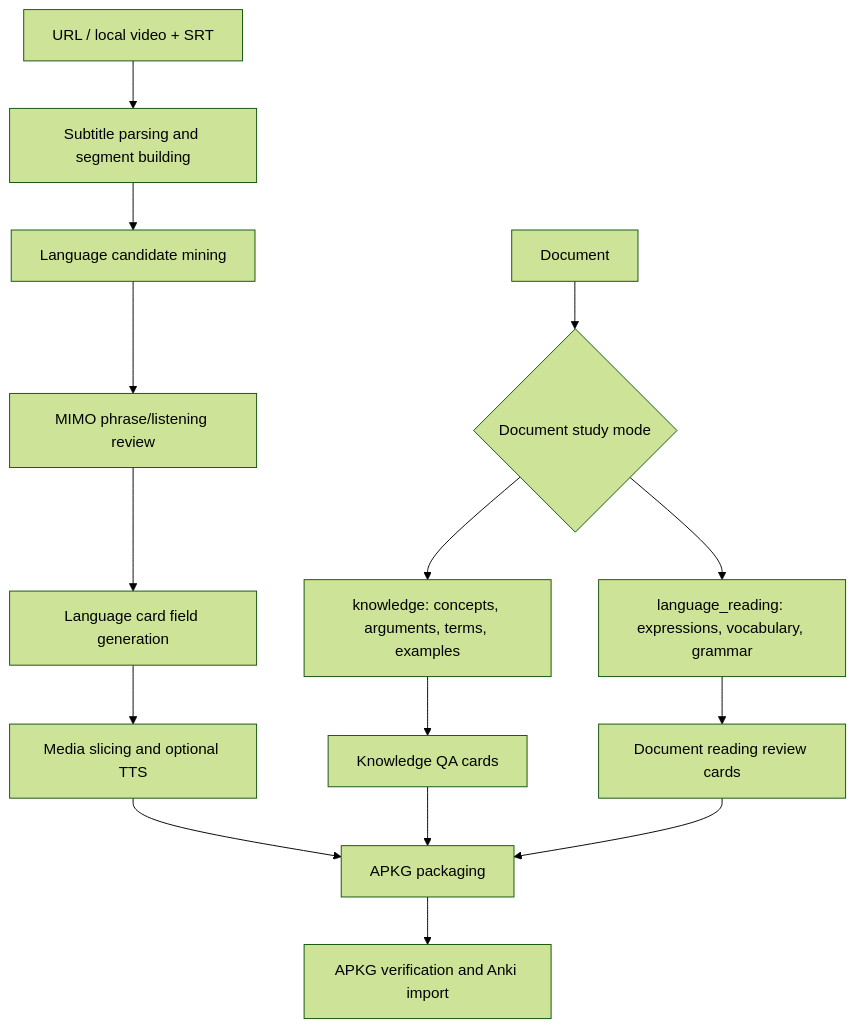
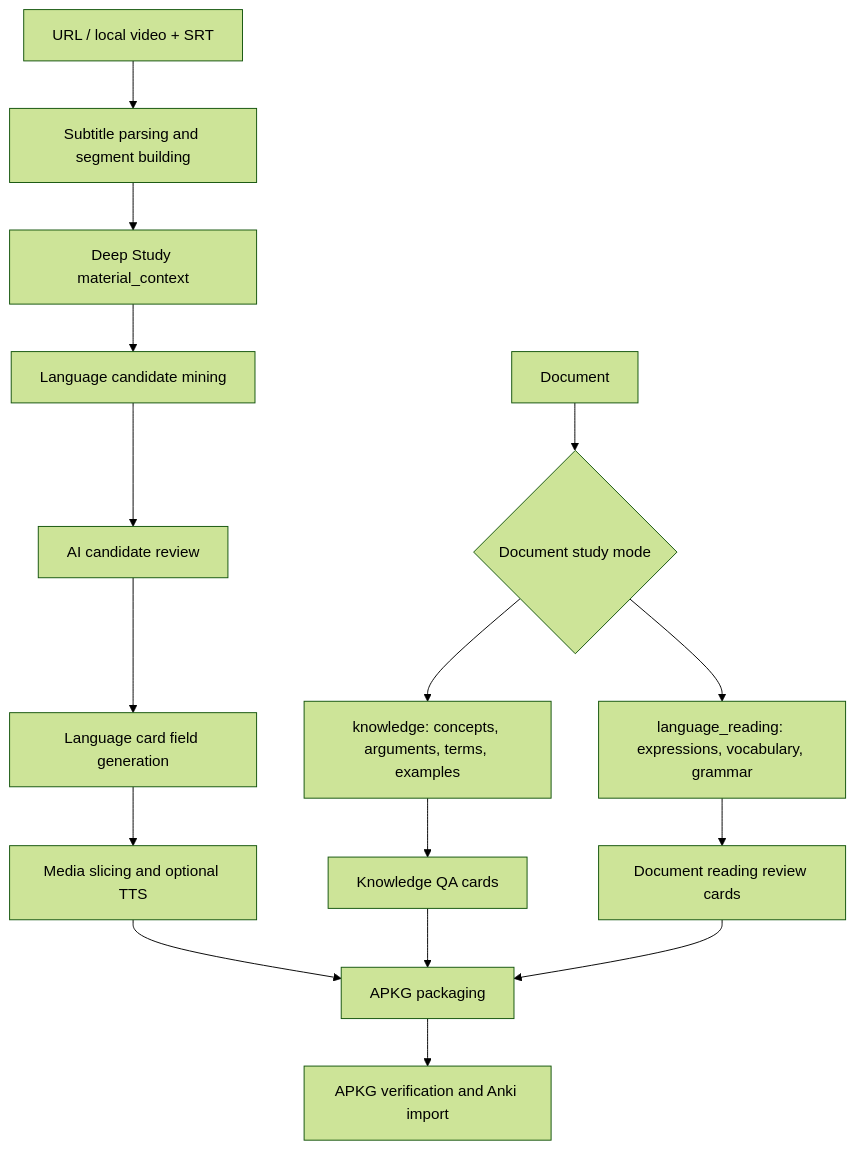
Before and after one commit to zixuanzhou0-ai/Anki-card-generator: the diagram in docs/ARCHITECTURE.md, drawn with Mermaid (forest theme). The commit also changed other lines of this file and 23 other files, not shown here.

Commit message:
Add Deep Study contextual vocabulary flow

````diff
--- a/docs/ARCHITECTURE.md
+++ b/docs/ARCHITECTURE.md
@@ -7,19 +7,20 @@
 ```mermaid
 flowchart TB
   A["URL / local video + SRT"] --> B["Subtitle parsing and segment building"]
-  B --> C["Language candidate mining"]
-  C --> D["MIMO phrase/listening review"]
-  D --> E["Language card field generation"]
-  E --> F["Media slicing and optional TTS"]
+  B --> C["Deep Study material_context"]
+  C --> D["Language candidate mining"]
+  D --> E["AI candidate review"]
+  E --> F["Language card field generation"]
+  F --> O["Media slicing and optional TTS"]
 
   G["Document"] --> H{"Document study mode"}
   H --> I["knowledge: concepts, arguments, terms, examples"]
   H --> J["language_reading: expressions, vocabulary, grammar"]
   I --> K["Knowledge QA cards"]
   J --> L["Document reading review cards"]
 
-  F --> M["APKG packaging"]
+  O --> M["APKG packaging"]
   K --> M
   L --> M
   M --> N["APKG verification and Anki import"]
 ```
````
